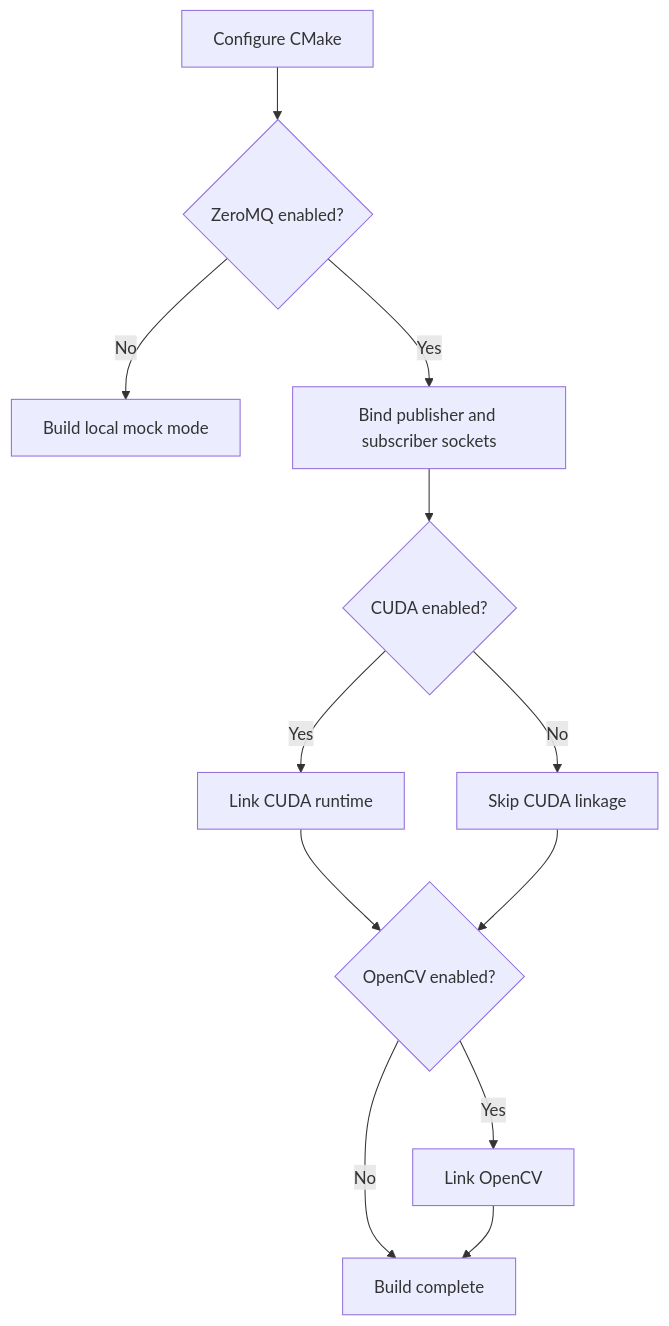
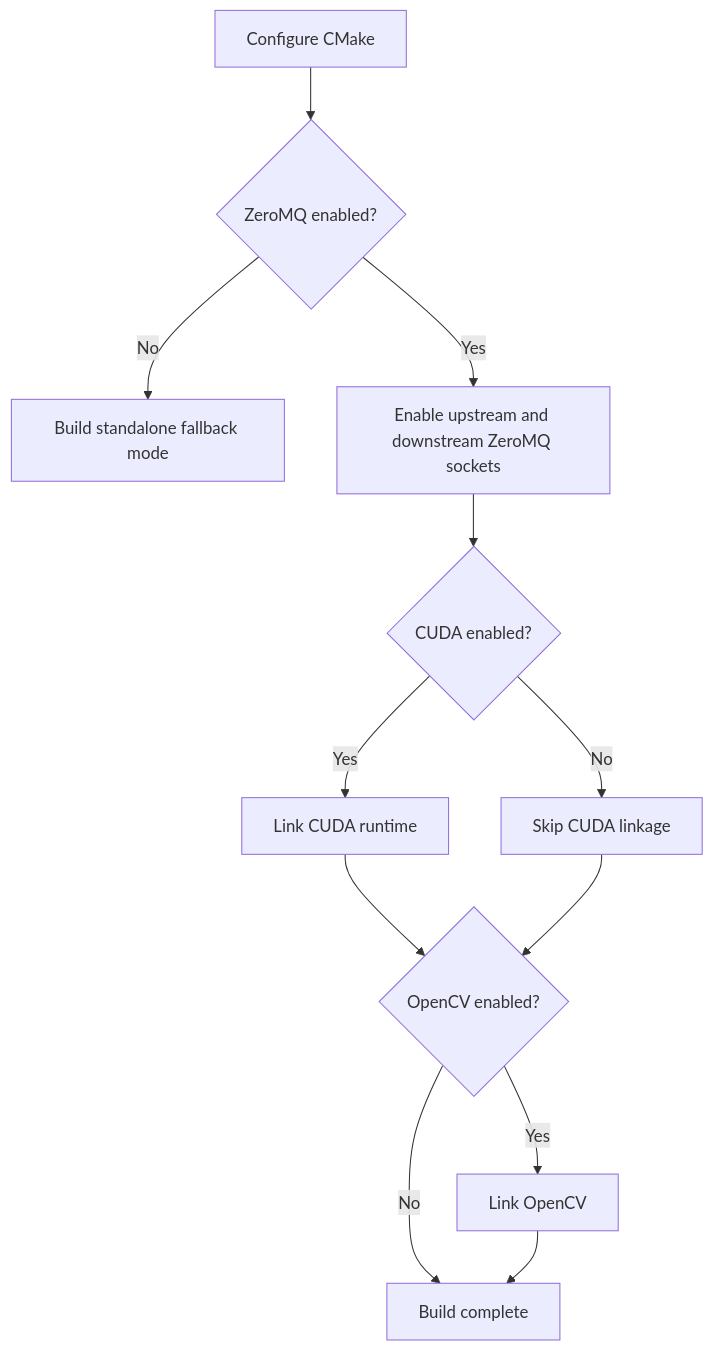
Before and after one commit to Industrial-Edge-Labs/docs-Industrial-Edge-Labs: the fourth of 4 diagrams in event-driven-vision-processing-engine/architecture.md, drawn with Mermaid. The commit also changed other lines of this file and 4 other files, not shown here.

Commit message:
docs: enrich architecture with elegant Mermaid ZeroMQ DAG topology

````diff
--- a/event-driven-vision-processing-engine/architecture.md
+++ b/event-driven-vision-processing-engine/architecture.md
@@ -91,14 +97,14 @@
 ```mermaid
 flowchart TD
     START[Configure CMake] --> ZMQ{ZeroMQ enabled?}
-    ZMQ -- No --> MOCK[Build local mock mode]
-    ZMQ -- Yes --> BUS[Bind publisher and subscriber sockets]
+    ZMQ -- No --> MOCK[Build standalone fallback mode]
+    ZMQ -- Yes --> BUS[Enable upstream and downstream ZeroMQ sockets]
     BUS --> CUDA{CUDA enabled?}
     CUDA -- Yes --> CUDART[Link CUDA runtime]
     CUDA -- No --> SKIPCUDA[Skip CUDA linkage]
     CUDART --> OPENCV{OpenCV enabled?}
     SKIPCUDA --> OPENCV
     OPENCV -- Yes --> CVLINK[Link OpenCV]
     OPENCV -- No --> DONE[Build complete]
     CVLINK --> DONE
 ```
````
